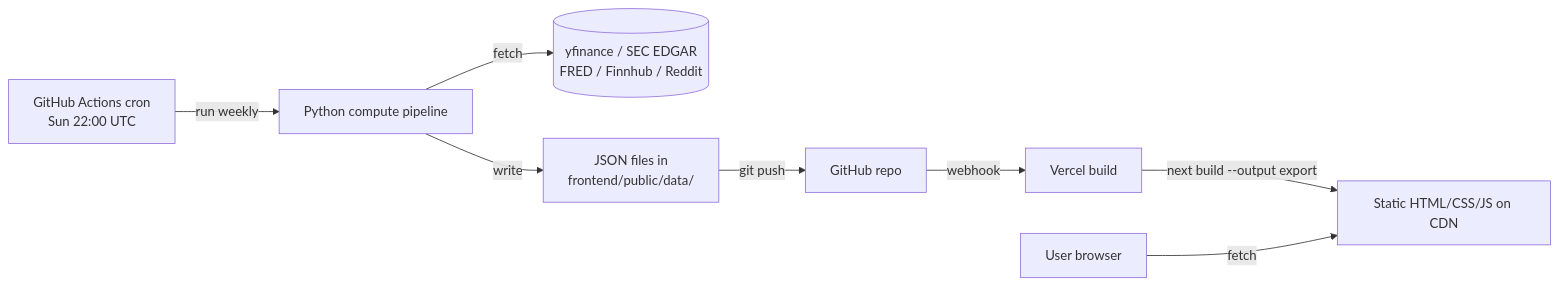
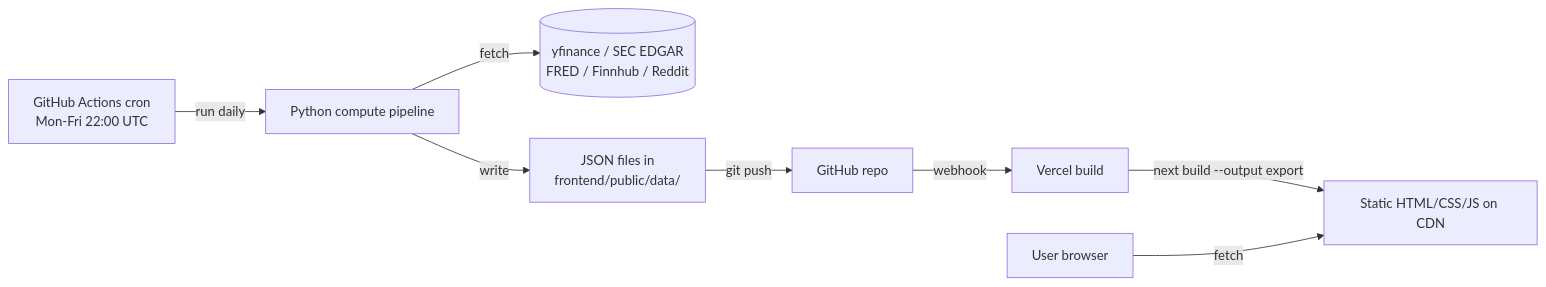
Before and after one commit to dackclup/quantrank: the diagram in README.md, drawn with Mermaid. The commit also changed other lines of this file and 5 other files, not shown here.

First line of the commit message:
ops: switch compute schedule from weekly Sunday → daily Mon-Fri (after US market close)

````diff
--- a/README.md
+++ b/README.md
@@ -166,10 +166,10 @@
 ```mermaid
 flowchart LR
-    A[GitHub Actions cron<br/>Sun 22:00 UTC] -->|run weekly| B[Python compute pipeline]
+    A[GitHub Actions cron<br/>Mon-Fri 22:00 UTC] -->|run daily| B[Python compute pipeline]
     B -->|fetch| C[(yfinance / SEC EDGAR<br/>FRED / Finnhub / Reddit)]
     B -->|write| D[JSON files in<br/>frontend/public/data/]
     D -->|git push| E[GitHub repo]
     E -->|webhook| F[Vercel build]
     F -->|next build --output export| G[Static HTML/CSS/JS on CDN]
     H[User browser] -->|fetch| G
 ```
````
